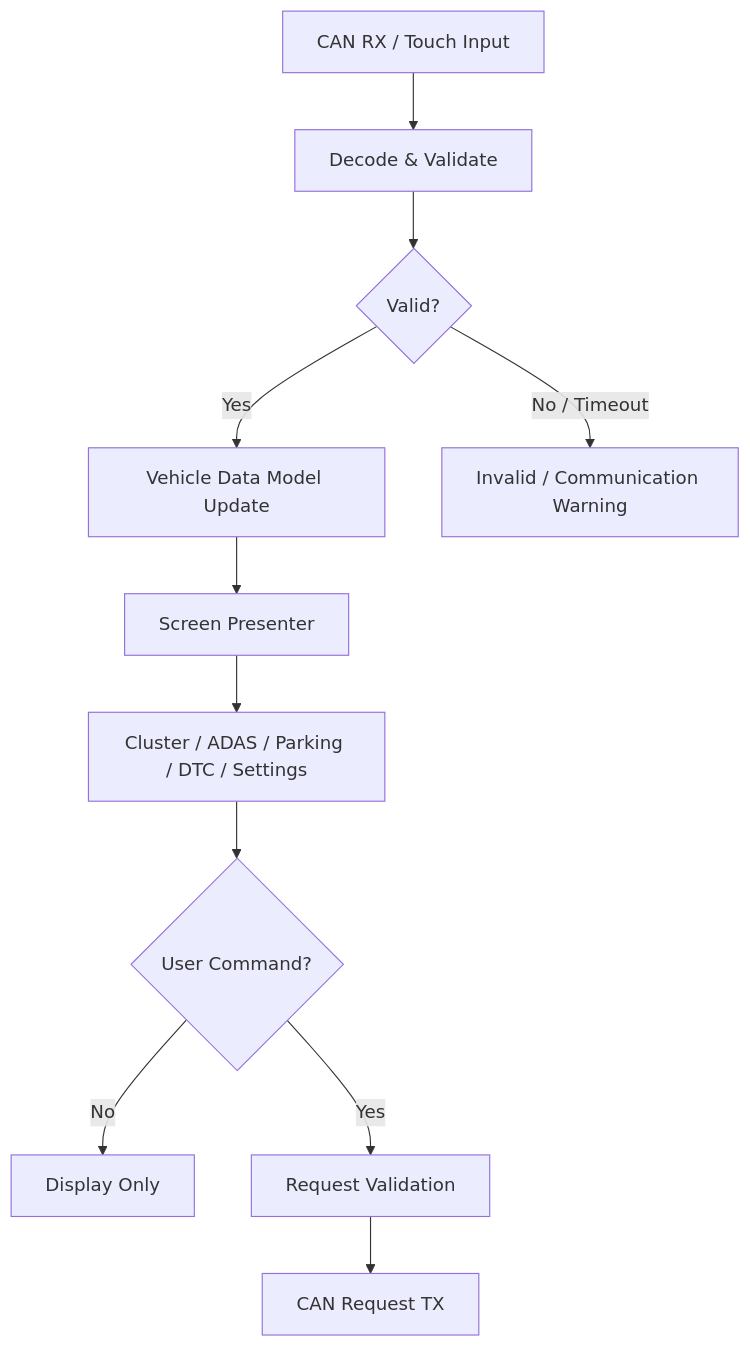
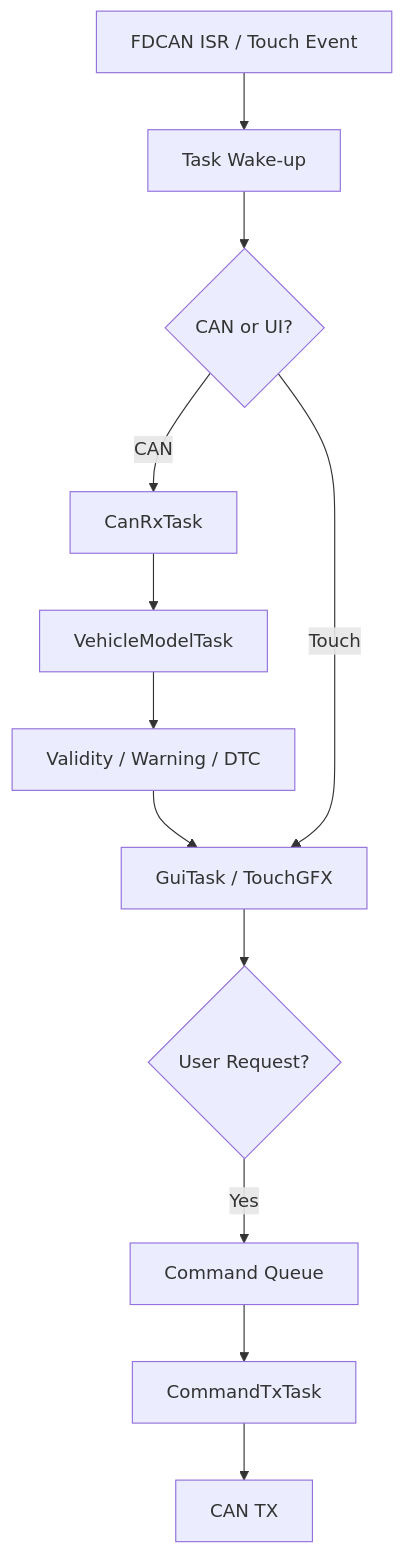
Before and after one commit to sunmaan22/SDV_MCU_Project: the diagram in docs/IVI/SPECIFICATION.md, drawn with Mermaid. The commit also changed other lines of this file and 10 other files, not shown here.

Commit message:
docs: apply FreeRTOS architecture policy across active documentation

````diff
--- a/docs/IVI/SPECIFICATION.md
+++ b/docs/IVI/SPECIFICATION.md
@@ -96,13 +99,14 @@
 ```mermaid
 flowchart TD
-    A[CAN RX / Touch Input] --> B[Decode & Validate]
-    B --> C{Valid?}
-    C -->|Yes| D[Vehicle Data Model Update]
-    C -->|No / Timeout| E[Invalid / Communication Warning]
-    D --> F[Screen Presenter]
-    F --> G[Cluster / ADAS / Parking / DTC / Settings]
-    G --> H{User Command?}
-    H -->|No| I[Display Only]
-    H -->|Yes| J[Request Validation]
-    J --> K[CAN Request TX]
+    A[FDCAN ISR / Touch Event] --> B[Task Wake-up]
+    B --> C{CAN or UI?}
+    C -->|CAN| D[CanRxTask]
+    D --> E[VehicleModelTask]
+    E --> F[Validity / Warning / DTC]
+    F --> G[GuiTask / TouchGFX]
+    C -->|Touch| G
+    G --> H{User Request?}
+    H -->|Yes| I[Command Queue]
+    I --> J[CommandTxTask]
+    J --> K[CAN TX]
 ```
````
